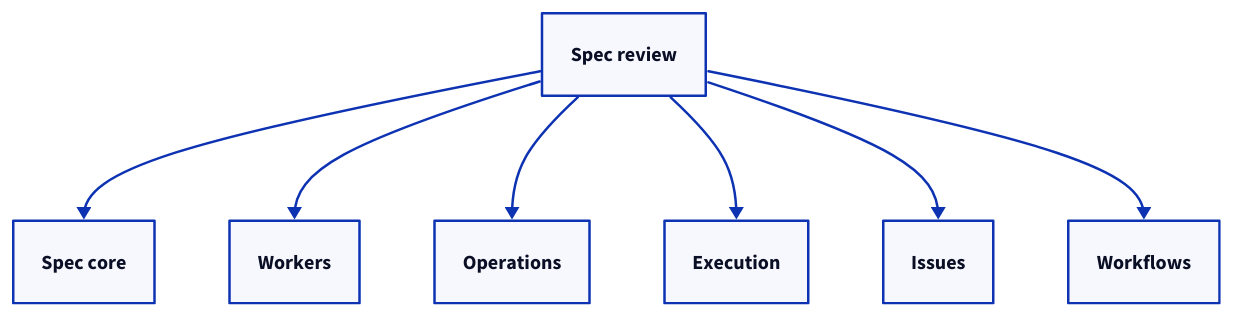
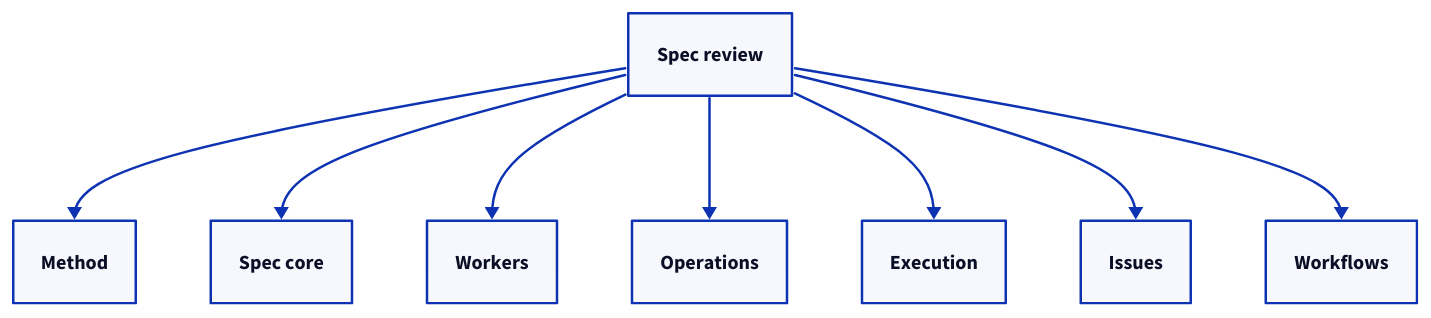
Before and after one commit to FTOD/concorde: the fourth of 4 diagrams in specs/concorde/method/spec-review/module.md, drawn with D2. The commit also changed other lines of this file and 11 other files, not shown here.

````diff
--- a/specs/concorde/method/spec-review/module.md
+++ b/specs/concorde/method/spec-review/module.md
@@ -478,15 +479,17 @@
 ```d2
 review: Spec review
+method: Method
 spec: Spec core
 workers: Workers
 operations: Operations
 execution: Execution
 issues: Issues
 workflows: Workflows
+review -> method
 review -> spec
 review -> workers
 review -> operations
 review -> execution
 review -> issues
 review -> workflows
 ```
````
